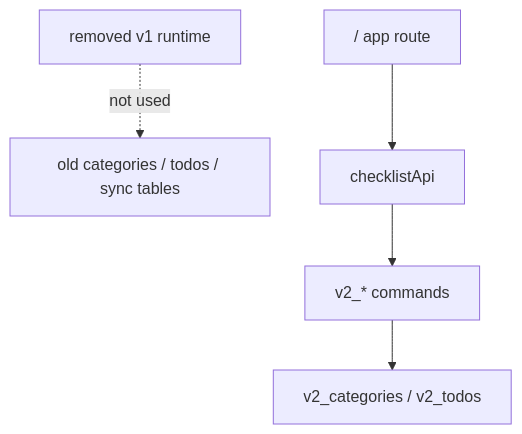
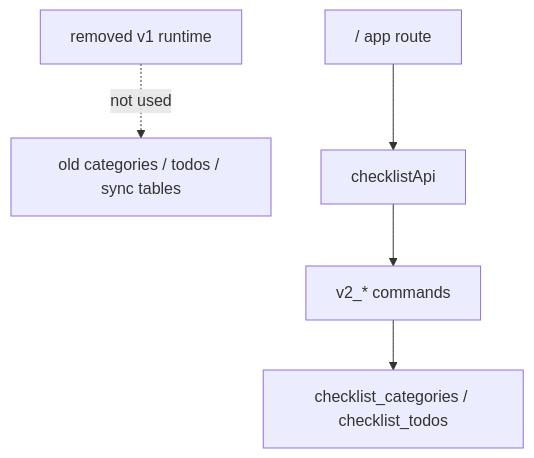
The second of 3 diagrams in docs/rebuild-notes/001-local-checklist-boundary.md (U-Keun/Tickly), drawn with Mermaid before and after one commit. The commit also changed 28 other files, not shown here.

````diff
--- a/docs/rebuild-notes/001-local-checklist-boundary.md
+++ b/docs/rebuild-notes/001-local-checklist-boundary.md
@@ -23,7 +23,7 @@
 ```mermaid
 flowchart TB
   V1["removed v1 runtime"] -. "not used" .-> V1Tables["old categories / todos / sync tables"]
   V2["/ app route"] --> V2Api["checklistApi"]
   V2Api --> V2Commands["v2_* commands"]
-  V2Commands --> V2Tables["v2_categories / v2_todos"]
+  V2Commands --> V2Tables["checklist_categories / checklist_todos"]
 ```
````
